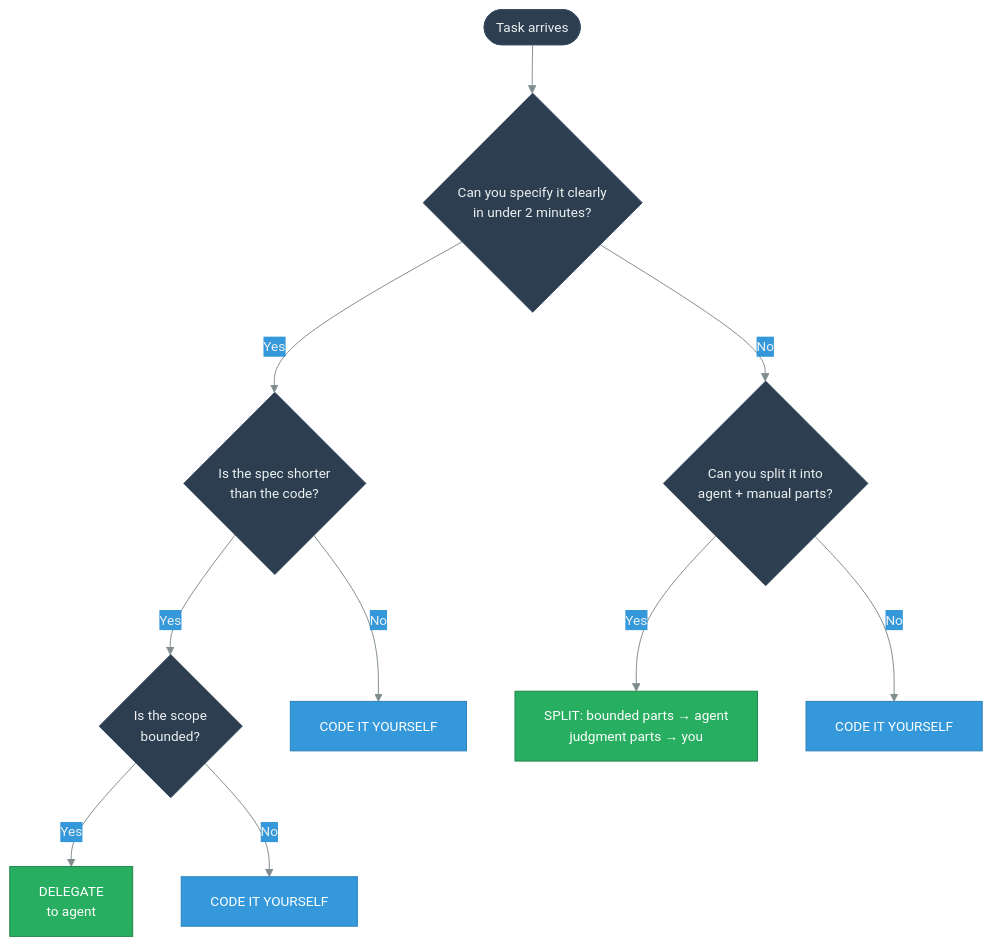
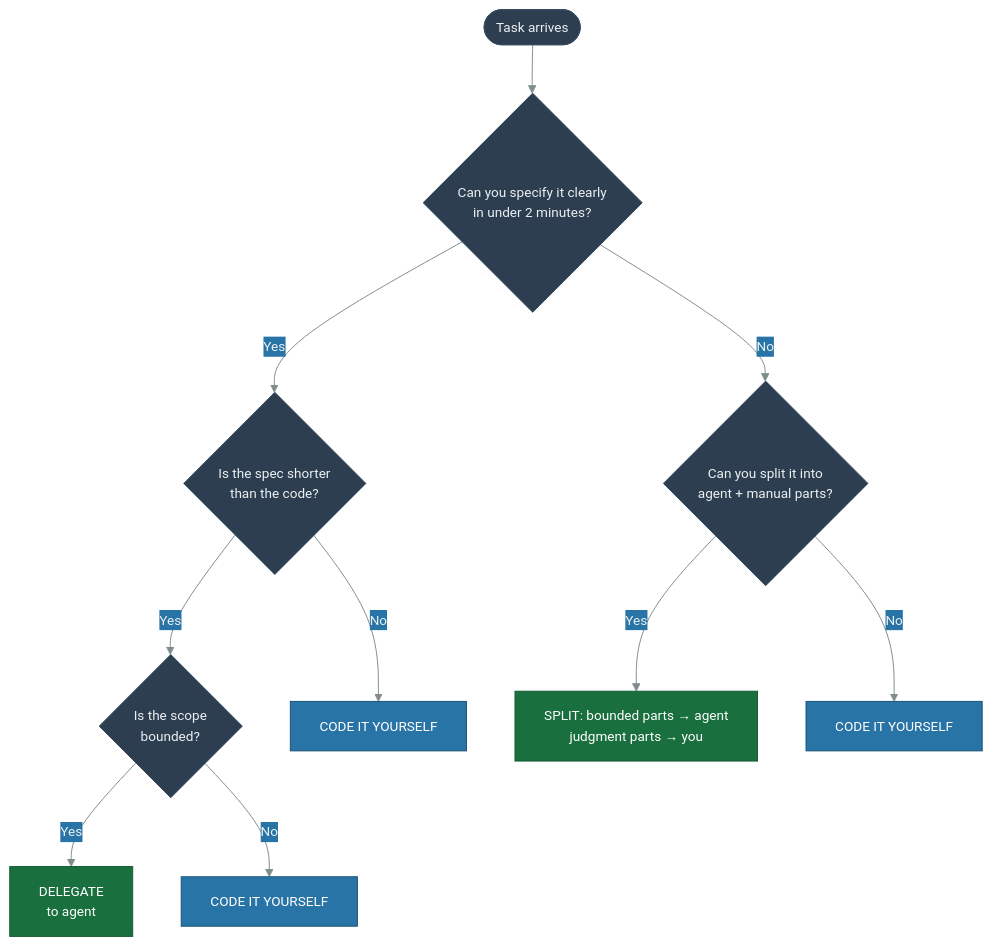
Before and after one commit to danielmeppiel/agentic-sdlc-handbook: the diagram in handbook/ch08-the-practitioners-mindset.qmd, drawn with Mermaid. The commit also changed 11 other files, not shown here.

First line of the commit message:
fix: WCAG AA+ contrast compliance for all diagram colors

````diff
--- a/handbook/ch08-the-practitioners-mindset.qmd
+++ b/handbook/ch08-the-practitioners-mindset.qmd
@@ -83,27 +83,27 @@
 ```{mermaid}
 %%| fig-width: 4.5
 %%| label: fig-agent-decision
 %%| fig-cap: "Decision framework: when to use agents and when to code manually"
 %%| fig-alt: "Top-down decision tree flowchart. A task arrives at the first question: 'Can you specify it clearly in under 2 minutes?' Yes leads to 'Is the spec shorter than the code?' which if Yes leads to 'Is the scope bounded?' — Yes results in 'DELEGATE to agent' (green, success). If the spec is not shorter, outcome is 'CODE IT YOURSELF' (neutral). If scope is not bounded, outcome is 'CODE IT YOURSELF' (neutral). If you cannot specify clearly, the question 'Can you split it into agent plus manual parts?' appears — Yes leads to 'SPLIT: bounded parts to agent, judgment parts to you' (green, success); No leads to 'CODE IT YOURSELF' (neutral). Three manual outcomes and two agent outcomes total."
-%%{init: {'theme': 'base', 'themeVariables': {'primaryColor': '#2c3e50', 'primaryTextColor': '#ecf0f1', 'primaryBorderColor': '#34495e', 'lineColor': '#7f8c8d', 'secondaryColor': '#3498db', 'tertiaryColor': '#ecf0f1', 'fontSize': '14px'}}}%%
+%%{init: {'theme': 'base', 'themeVariables': {'primaryColor': '#2c3e50', 'primaryTextColor': '#ecf0f1', 'primaryBorderColor': '#34495e', 'lineColor': '#7f8c8d', 'secondaryColor': '#2874a6', 'tertiaryColor': '#ecf0f1', 'fontSize': '14px'}}}%%
 flowchart TD
     START([Task arrives]) --> Q1{Can you specify it clearly\nin under 2 minutes?}
 
     Q1 -- Yes --> Q2{Is the spec shorter\nthan the code?}
     Q1 -- No --> Q3{Can you split it into\nagent + manual parts?}
 
     Q2 -- Yes --> Q4{Is the scope\nbounded?}
     Q2 -- No --> MANUAL1[CODE IT YOURSELF]
 
     Q4 -- Yes --> DELEGATE[DELEGATE\nto agent]
     Q4 -- No --> MANUAL2[CODE IT YOURSELF]
 
     Q3 -- Yes --> SPLIT[SPLIT: bounded parts → agent\njudgment parts → you]
     Q3 -- No --> MANUAL3[CODE IT YOURSELF]
 
-    style DELEGATE fill:#27ae60,stroke:#1e8449,color:#fff
-    style SPLIT fill:#27ae60,stroke:#1e8449,color:#fff
-    style MANUAL1 fill:#3498db,stroke:#2980b9,color:#fff
-    style MANUAL2 fill:#3498db,stroke:#2980b9,color:#fff
-    style MANUAL3 fill:#3498db,stroke:#2980b9,color:#fff
+    style DELEGATE fill:#196f3d,stroke:#145a32,color:#fff
+    style SPLIT fill:#196f3d,stroke:#145a32,color:#fff
+    style MANUAL1 fill:#2874a6,stroke:#1a5276,color:#fff
+    style MANUAL2 fill:#2874a6,stroke:#1a5276,color:#fff
+    style MANUAL3 fill:#2874a6,stroke:#1a5276,color:#fff
 ```
````
